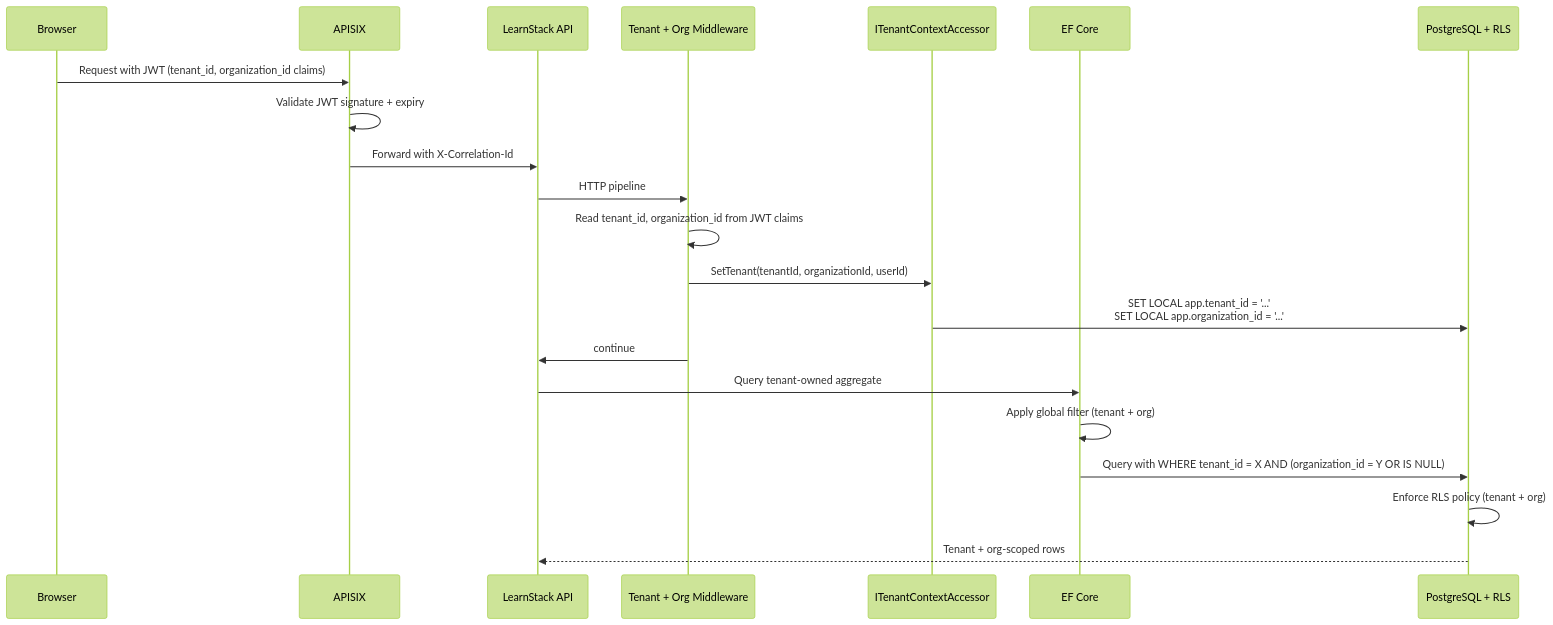
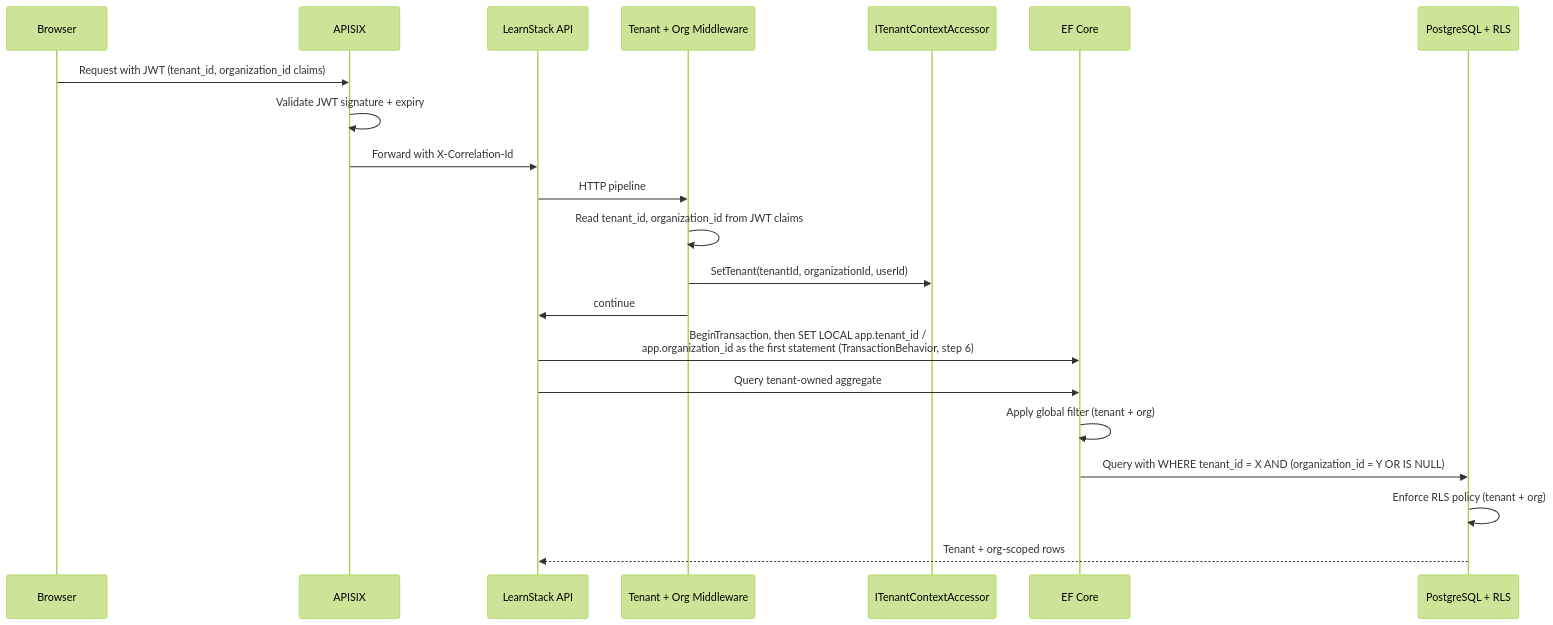
The diagram in docs/architecture/09-tenant-isolation.md (HodeTech/LearnStack), drawn with Mermaid (forest theme) before and after one commit. The commit also changed other lines of this file and 97 other files, not shown here.

First line of the commit message:
docs: restructure the roadmap around the one-way-door test, and close 151 audit findings (#9)

````diff
--- a/docs/architecture/09-tenant-isolation.md
+++ b/docs/architecture/09-tenant-isolation.md
@@ -42,24 +48,24 @@
 ```mermaid
 sequenceDiagram
     participant Browser
     participant APISIX
     participant API as LearnStack API
     participant MW as Tenant + Org Middleware
     participant Accessor as ITenantContextAccessor
     participant EF as EF Core
     participant PG as PostgreSQL + RLS
 
     Browser->>APISIX: Request with JWT (tenant_id, organization_id claims)
     APISIX->>APISIX: Validate JWT signature + expiry
     APISIX->>API: Forward with X-Correlation-Id
     API->>MW: HTTP pipeline
     MW->>MW: Read tenant_id, organization_id from JWT claims
     MW->>Accessor: SetTenant(tenantId, organizationId, userId)
-    Accessor->>PG: SET LOCAL app.tenant_id = '...'<br/>SET LOCAL app.organization_id = '...'
     MW->>API: continue
+    API->>EF: BeginTransaction, then SET LOCAL app.tenant_id /<br/>app.organization_id as the first statement (TransactionBehavior, step 6)
     API->>EF: Query tenant-owned aggregate
     EF->>EF: Apply global filter (tenant + org)
     EF->>PG: Query with WHERE tenant_id = X AND (organization_id = Y OR IS NULL)
     PG->>PG: Enforce RLS policy (tenant + org)
     PG-->>API: Tenant + org-scoped rows
 ```
````
